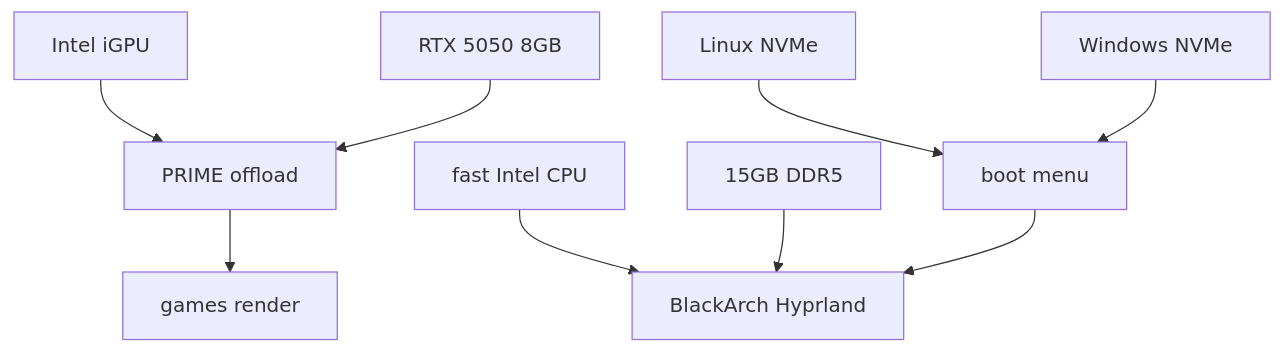
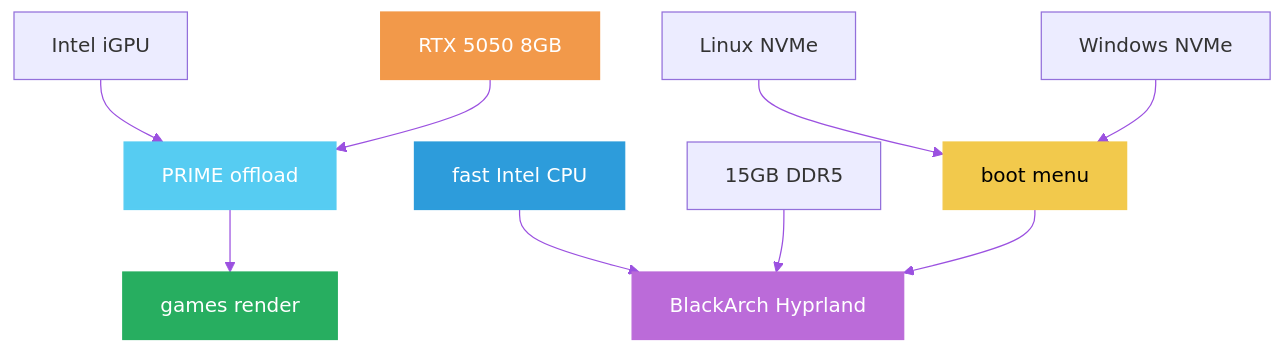
The eighth of 11 diagrams in Graphs/System-Diagrams.md (444Nazky/My-Vault), drawn with Mermaid before and after one commit. The commit also changed other lines of this file and 15 other files, not shown here.

````diff
--- a/Graphs/System-Diagrams.md
+++ b/Graphs/System-Diagrams.md
@@ -144,11 +177,18 @@
 ```mermaid
+%%{init: {'theme': 'default', 'themeVariables': { 'primaryColor': '#9B51E0', 'lineColor': '#9B51E0'}}}%%
 graph TB
  CPU["fast Intel CPU"] --> OS["BlackArch Hyprland"]
  RAM["15GB DDR5"] --> OS
  GPU1["Intel iGPU"] --> PRIME["PRIME offload"]
  GPU2["RTX 5050 8GB"] --> PRIME
  PRIME --> GAME["games render"]
  NV1["Linux NVMe"] --> BOOT["boot menu"]
  NV2["Windows NVMe"] --> BOOT
  BOOT --> OS
+ style CPU fill:#2D9CDB,stroke:#2D9CDB,color:#fff
+ style OS fill:#BB6BD9,stroke:#BB6BD9,color:#fff
+ style GPU2 fill:#F2994A,stroke:#F2994A,color:#fff
+ style PRIME fill:#56CCF2,stroke:#56CCF2,color:#fff
+ style GAME fill:#27AE60,stroke:#27AE60,color:#fff
+ style BOOT fill:#F2C94C,stroke:#F2C94C,color:#000
 ```
````
